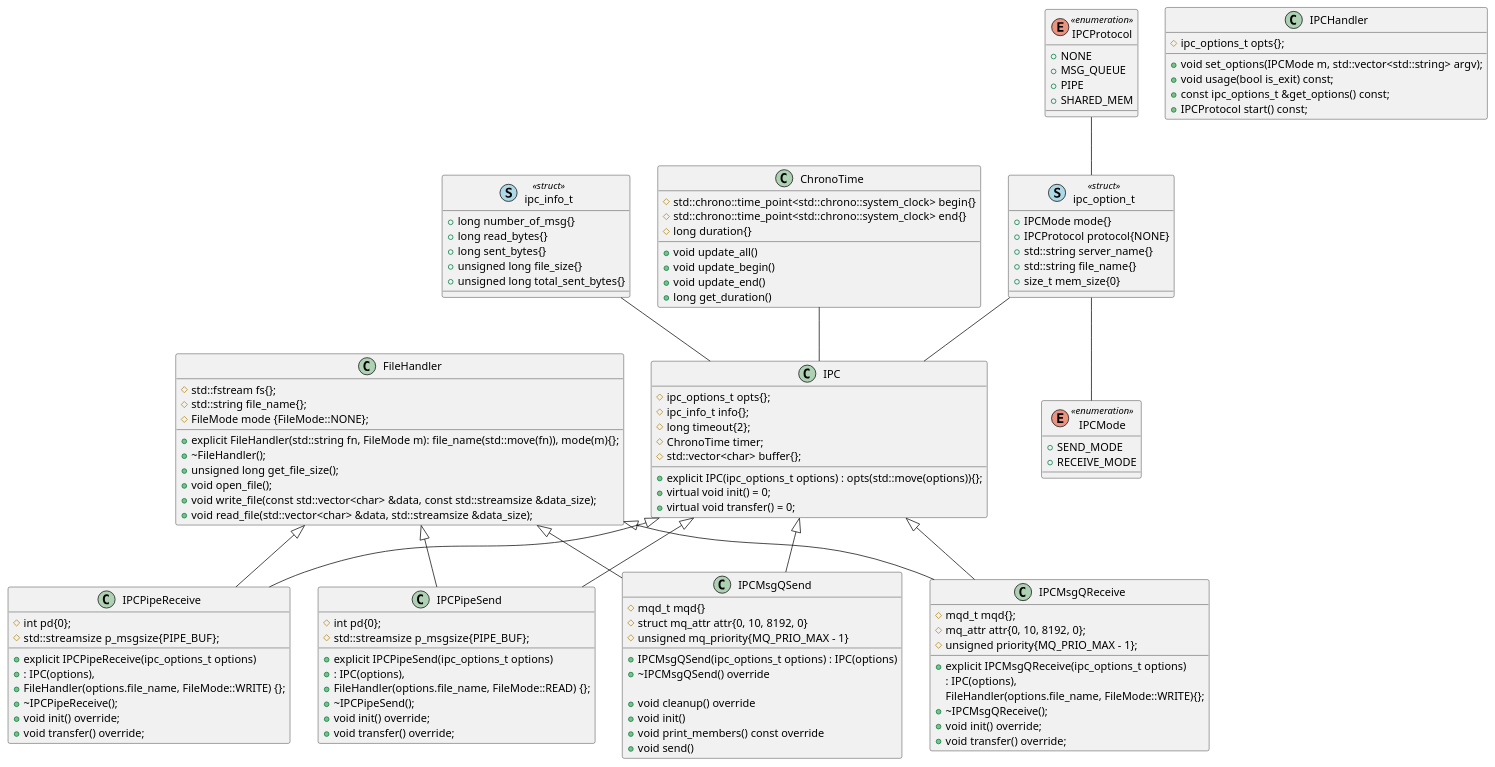
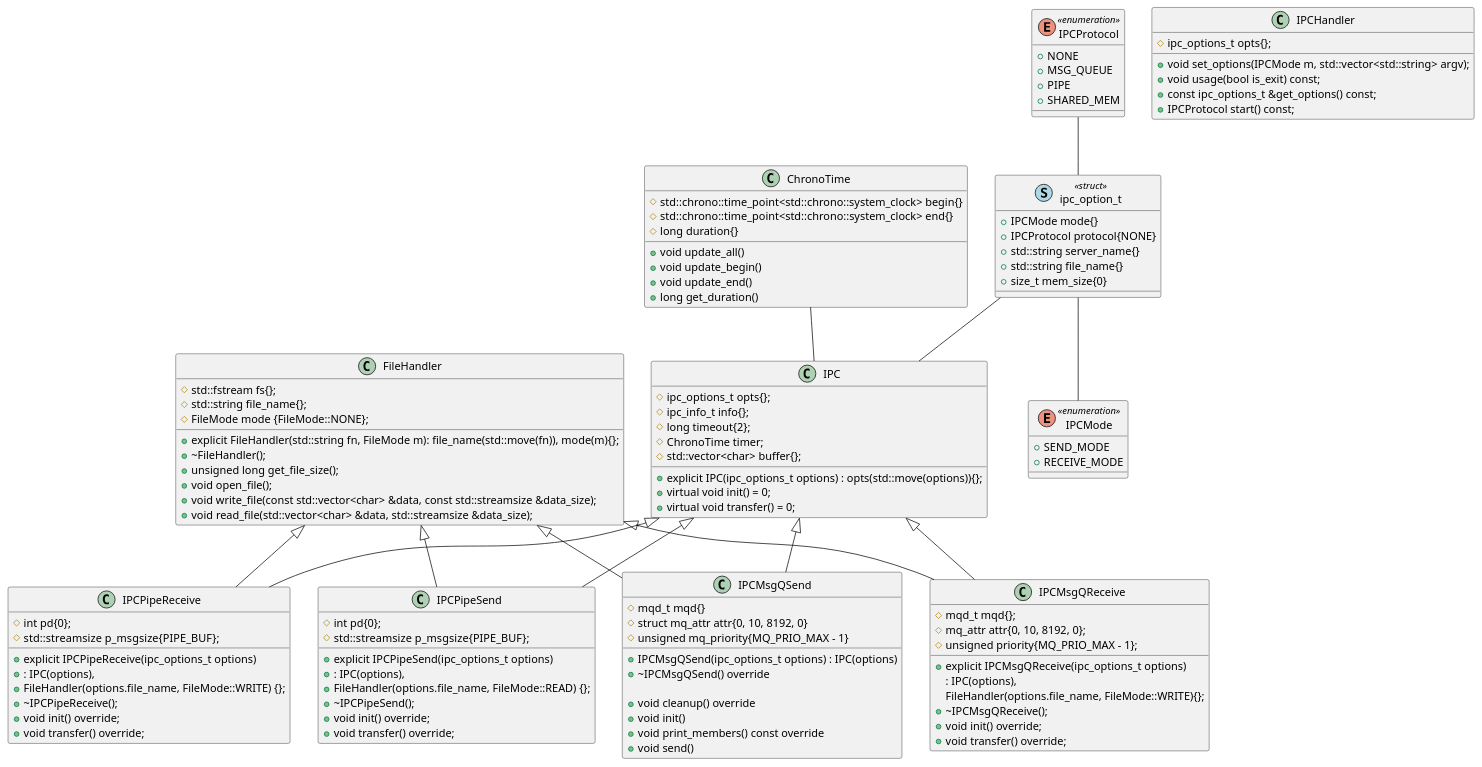
One commit to baovu-unikie/file_transfer_cpp changed the diagram in uml/current_implementation.puml. Above: the diagram before and after it, drawn with PlantUML. The commit also changed 14 other files, not shown here.

```diff
--- a/uml/current_implementation.puml
+++ b/uml/current_implementation.puml
@@ -1,156 +1,145 @@
 @startuml
 class IPC
 {
 	# ipc_options_t opts{};
 	# ipc_info_t info{};
 	# long timeout{2};
 	# ChronoTime timer;
 	# std::vector<char> buffer{};
 
 	+ explicit IPC(ipc_options_t options) : opts(std::move(options)){};
 	+ virtual void init() = 0;
 	+ virtual void transfer() = 0;
 }
 
 class IPCHandler
 {
 	# ipc_options_t opts{};
 
 	+ void set_options(IPCMode m, std::vector<std::string> argv);
 	+ void usage(bool is_exit) const;
 	+ const ipc_options_t &get_options() const;
 	+ IPCProtocol start() const;
 }
 
 class FileHandler
 {
 	# std::fstream fs{};
 	# std::string file_name{};
 	# FileMode mode {FileMode::NONE};
 
 	+ explicit FileHandler(std::string fn, FileMode m): file_name(std::move(fn)), mode(m){};
 	+ ~FileHandler();
 	+ unsigned long get_file_size();
 	+ void open_file();
 	+ void write_file(const std::vector<char> &data, const std::streamsize &data_size);
 	+ void read_file(std::vector<char> &data, std::streamsize &data_size);
 }
 
 class IPCMsgQSend
 {
 # mqd_t mqd{}
 # struct mq_attr attr{0, 10, 8192, 0}
 # unsigned mq_priority{MQ_PRIO_MAX - 1}
 
 	+ IPCMsgQSend(ipc_options_t options) : IPC(options)
 	+ ~IPCMsgQSend() override
 
 	+ void cleanup() override
 	+ void init()
 	+ void print_members() const override
 	+ void send()
 }
 
 class IPCMsgQReceive
 {
 	# mqd_t mqd{};
 	# mq_attr attr{0, 10, 8192, 0};
 	# unsigned priority{MQ_PRIO_MAX - 1};
 
 	+ explicit IPCMsgQReceive(ipc_options_t options)
 	 	: IPC(options),
 	 	  FileHandler(options.file_name, FileMode::WRITE){};
 	+ ~IPCMsgQReceive();
 	+ void init() override;
 	+ void transfer() override;
 }
 
 class IPCPipeReceive
 {
 	# int pd{0};
 	# std::streamsize  p_msgsize{PIPE_BUF};
 
 	+ explicit IPCPipeReceive(ipc_options_t options)
 	+ : IPC(options),
 	+ FileHandler(options.file_name, FileMode::WRITE) {};
 	+ ~IPCPipeReceive();
 	+ void init() override;
 	+ void transfer() override;
 
 }
 
 class IPCPipeSend
 {
 	# int pd{0};
 	# std::streamsize  p_msgsize{PIPE_BUF};
 
 	+ explicit IPCPipeSend(ipc_options_t options)
 	+ : IPC(options),
 	+ FileHandler(options.file_name, FileMode::READ) {};
 	+ ~IPCPipeSend();
 	+ void init() override;
 	+ void transfer() override;
 }
 
 
 class ChronoTime
 {
 	# std::chrono::time_point<std::chrono::system_clock> begin{}
 	# std::chrono::time_point<std::chrono::system_clock> end{}
 	# long duration{}
 
 	+ void update_all()
 	+ void update_begin()
 	+ void update_end()
 	+ long get_duration()
 }
 enum IPCProtocol<<enumeration>>
 {
 	+ NONE
 	+ MSG_QUEUE
 	+ PIPE
 	+ SHARED_MEM
 }
 
 enum IPCMode<<enumeration>>
 {
 	+ SEND_MODE
 	+ RECEIVE_MODE
 }
 
 class ipc_option_t << (S,lightblue) struct>>
 {
 	+ IPCMode mode{}
 	+ IPCProtocol protocol{NONE}
 	+ std::string server_name{}
 	+ std::string file_name{}
 	+ size_t mem_size{0}
 }
 
-class ipc_info_t << (S,lightblue) struct>>
-{
-	+ long number_of_msg{}
-	+ long read_bytes{}
-	+ long sent_bytes{}
-	+ unsigned long file_size{}
-	+ unsigned long total_sent_bytes{}
-}
-
-
 IPC <|-- IPCMsgQSend
 FileHandler <|-- IPCMsgQSend
 IPC <|-- IPCMsgQReceive
 FileHandler <|-- IPCMsgQReceive
 
 IPC <|-- IPCPipeSend
 FileHandler <|-- IPCPipeSend
 IPC <|-- IPCPipeReceive
 FileHandler <|-- IPCPipeReceive
 
 IPCProtocol -- ipc_option_t
 ipc_option_t -- IPC
 ipc_option_t -- IPCMode
-ipc_info_t --  IPC
 ChronoTime -- IPC
 
 @enduml
```
